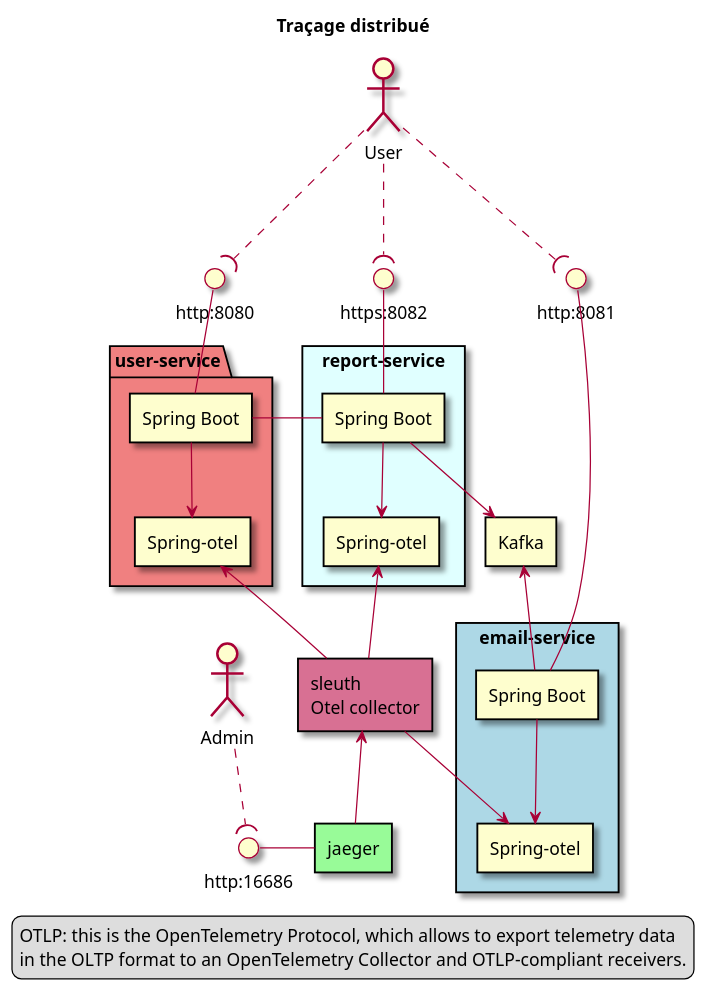
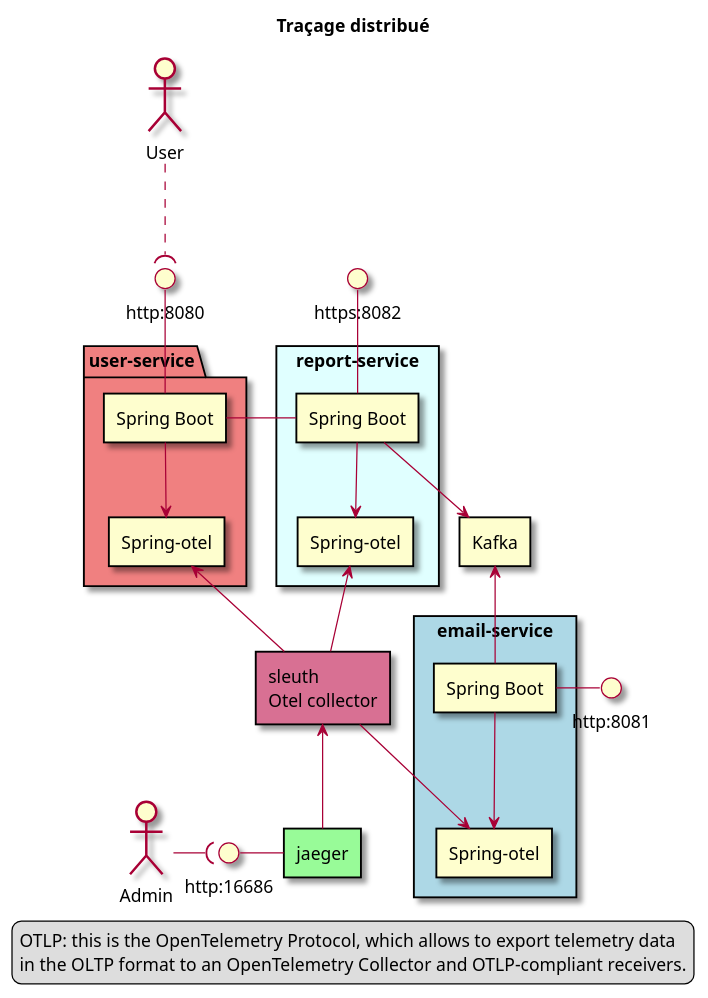
Before and after one commit to chvois1/otel-spring: the diagram in images/network.puml, drawn with PlantUML. The commit also changed 4 other files, not shown here.

```diff
--- a/images/network.puml
+++ b/images/network.puml
@@ -1,64 +1,62 @@
 @startuml network
 
 
 title Traçage distribué
 
 skin rose
 
 actor "User" as user
 actor "Admin" as adm
 
 interface "http:8080" as IUserService
 package "user-service" as userService #LightCoral {
     rectangle "Spring Boot" as spbUser
     rectangle "Spring-otel" as otelUser
 }
 
 interface "https:8082" as IReportService
 rectangle "report-service" as reportService #LightCyan {
     rectangle "Spring Boot" as spbReport
     rectangle "Spring-otel" as otelReport
 }
 
 interface "http:8081" as IEmailService
 rectangle "email-service" as emailService #LightBlue {
     rectangle "Spring Boot" as spbEmail
     rectangle "Spring-otel" as otelEmail
 }
 
 rectangle "Kafka" as kafka {
 }
 
 rectangle "sleuth\nOtel collector" as otelCol #PaleVioletRed {
 }
 
 interface "http:16686" as IJaeger
 rectangle "jaeger" as jaeger #PaleGreen {
 }
 
 user ..( IUserService
 IUserService -- spbUser
-user ..( IReportService
 IReportService -- spbReport
-user ..( IEmailService
-IEmailService -- spbEmail
+spbEmail - IEmailService 
 
 spbUser - spbReport
 spbUser --> otelUser
 otelUser <-- otelCol
 spbReport --> kafka
 spbReport --> otelReport
 otelReport <-- otelCol
 kafka <-- spbEmail
 spbEmail --> otelEmail
 otelCol --> otelEmail
 otelCol <-- jaeger 
-adm ..( IJaeger 
-IJaeger - jaeger
+IJaeger - jaeger 
+adm -( IJaeger 
 
 legend
   OTLP: this is the OpenTelemetry Protocol, which allows to export telemetry data 
   in the OLTP format to an OpenTelemetry Collector and OTLP-compliant receivers.
 end legend
 
 @enduml
```
